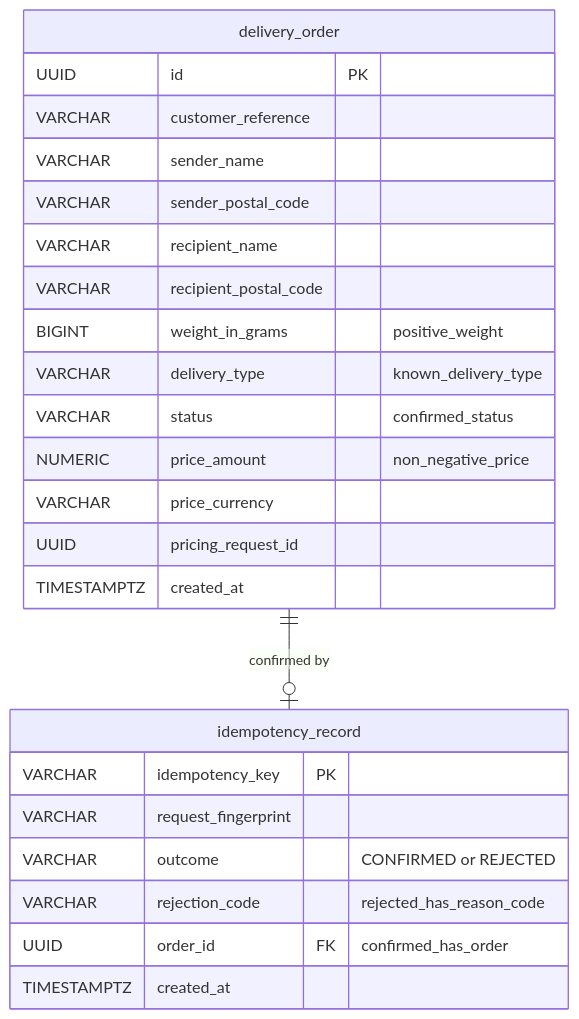
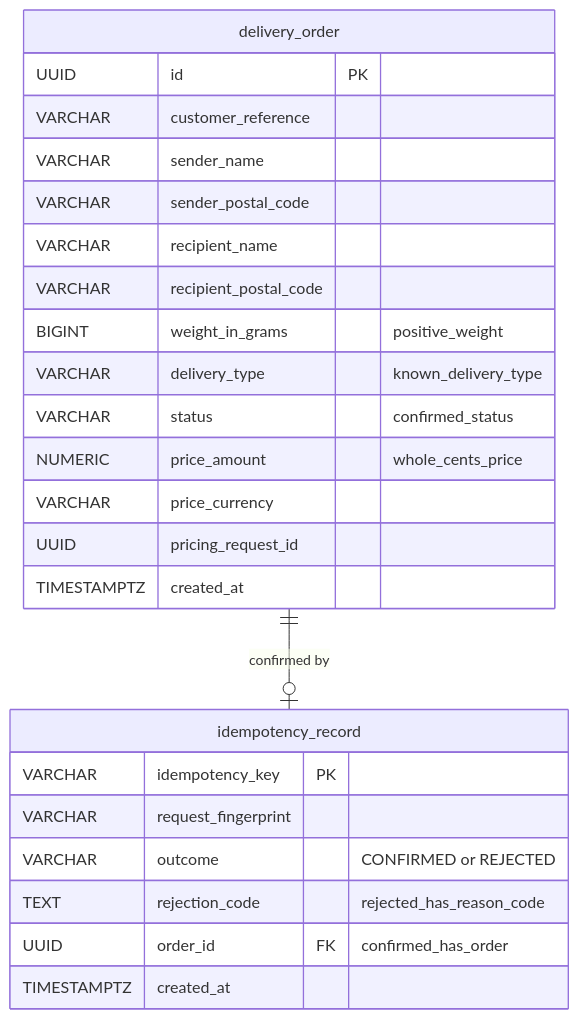
Before and after one commit to alankurian727/java-delivery-assessment: the seventh of 7 diagrams in docs/architecture.md, drawn with Mermaid. The commit also changed 4 other files, not shown here.

Commit message:
Store prices as exact NUMERIC in whole cents and rejection codes as TEXT instead of invented limits

````diff
--- a/docs/architecture.md
+++ b/docs/architecture.md
@@ -173,27 +173,27 @@
 ```mermaid
 erDiagram
     delivery_order ||--o| idempotency_record : "confirmed by"
     delivery_order {
         UUID id PK
         VARCHAR customer_reference
         VARCHAR sender_name
         VARCHAR sender_postal_code
         VARCHAR recipient_name
         VARCHAR recipient_postal_code
         BIGINT weight_in_grams "positive_weight"
         VARCHAR delivery_type "known_delivery_type"
         VARCHAR status "confirmed_status"
-        NUMERIC price_amount "non_negative_price"
+        NUMERIC price_amount "whole_cents_price"
         VARCHAR price_currency
         UUID pricing_request_id
         TIMESTAMPTZ created_at
     }
     idempotency_record {
         VARCHAR idempotency_key PK
         VARCHAR request_fingerprint
         VARCHAR outcome "CONFIRMED or REJECTED"
-        VARCHAR rejection_code "rejected_has_reason_code"
+        TEXT rejection_code "rejected_has_reason_code"
         UUID order_id FK "confirmed_has_order"
         TIMESTAMPTZ created_at
     }
 ```
````
